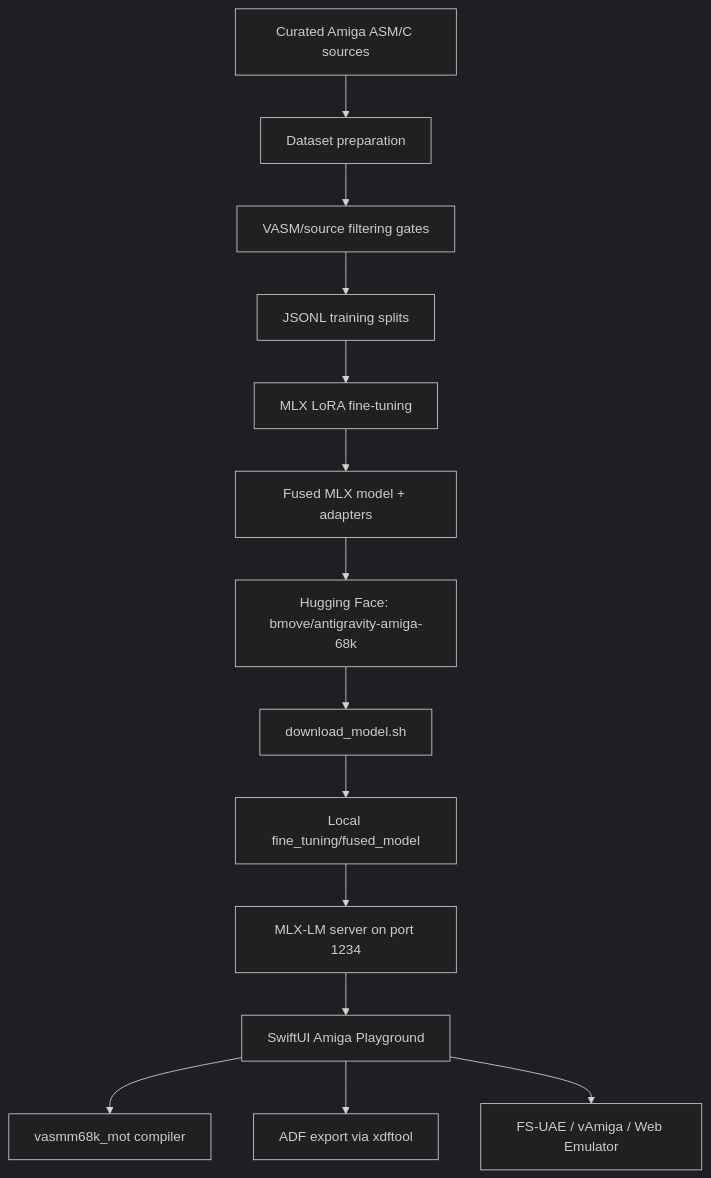
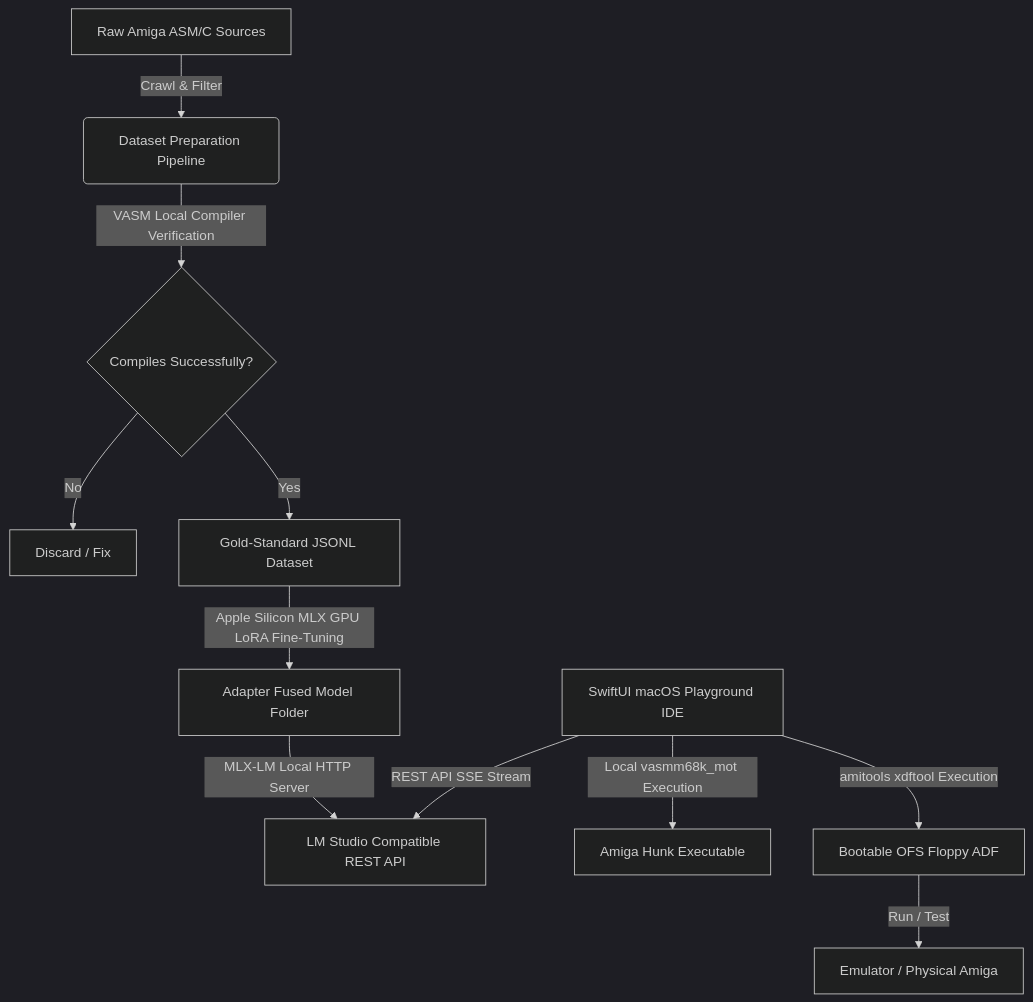
The diagram in Amiga/aMiLa/status_repo.md (GINNOV/littlethings), drawn with Mermaid (dark theme) before and after one commit. The commit also changed other lines of this file and 785 other files, not shown here.

Commit message:
Clean up fine-tuning adapters, sync model card, and finalize Gemma-4 migration

````diff
--- a/Amiga/aMiLa/status_repo.md
+++ b/Amiga/aMiLa/status_repo.md
@@ -134,16 +19,14 @@
 ```mermaid
 graph TD
-    A[Curated Amiga ASM/C sources] --> B[Dataset preparation]
-    B --> C[VASM/source filtering gates]
-    C --> D[JSONL training splits]
-    D --> E[MLX LoRA fine-tuning]
-    E --> F[Fused MLX model + adapters]
-    F --> G[Hugging Face: bmove/antigravity-amiga-68k]
-    G --> H[download_model.sh]
-    H --> I[Local fine_tuning/fused_model]
-    I --> J[MLX-LM server on port 1234]
-    J --> K[SwiftUI Amiga Playground]
-    K --> L[vasmm68k_mot compiler]
-    K --> M[ADF export via xdftool]
-    K --> N[FS-UAE / vAmiga / Web Emulator]
+    A[Raw Amiga ASM/C Sources] -->|Crawl & Filter| B(Dataset Preparation Pipeline)
+    B -->|VASM Local Compiler Verification| C{Compiles Successfully?}
+    C -->|No| D[Discard / Fix]
+    C -->|Yes| E[Gold-Standard JSONL Dataset]
+    E -->|Apple Silicon MLX GPU LoRA Fine-Tuning| F[Adapter Fused Model Folder]
+    F -->|MLX-LM Local HTTP Server| G[LM Studio Compatible REST API]
+    
+    H[SwiftUI macOS Playground IDE] -->|REST API SSE Stream| G
+    H -->|Local vasmm68k_mot Execution| I[Amiga Hunk Executable]
+    H -->|amitools xdftool Execution| J[Bootable OFS Floppy ADF]
+    J -->|Run / Test| K[Emulator / Physical Amiga]
 ```
````
